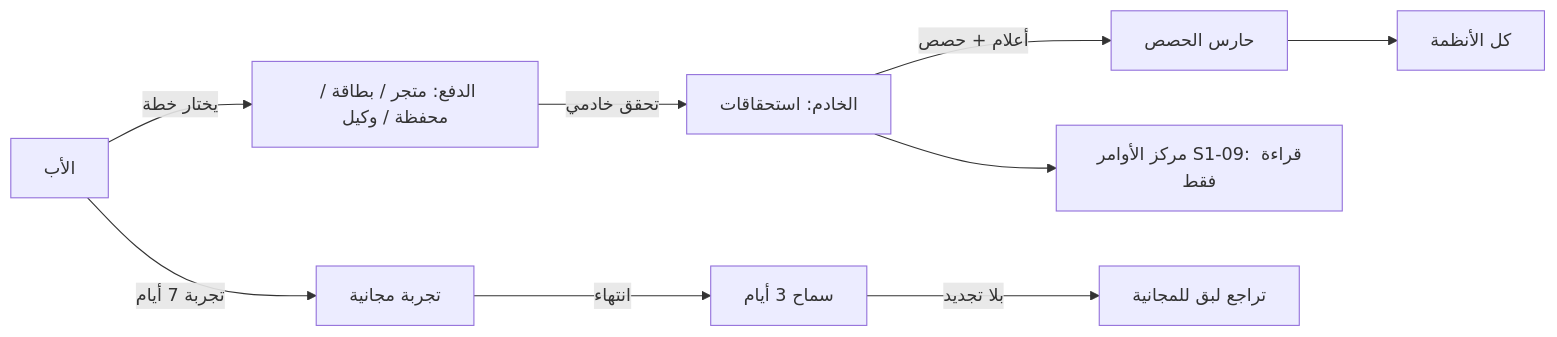
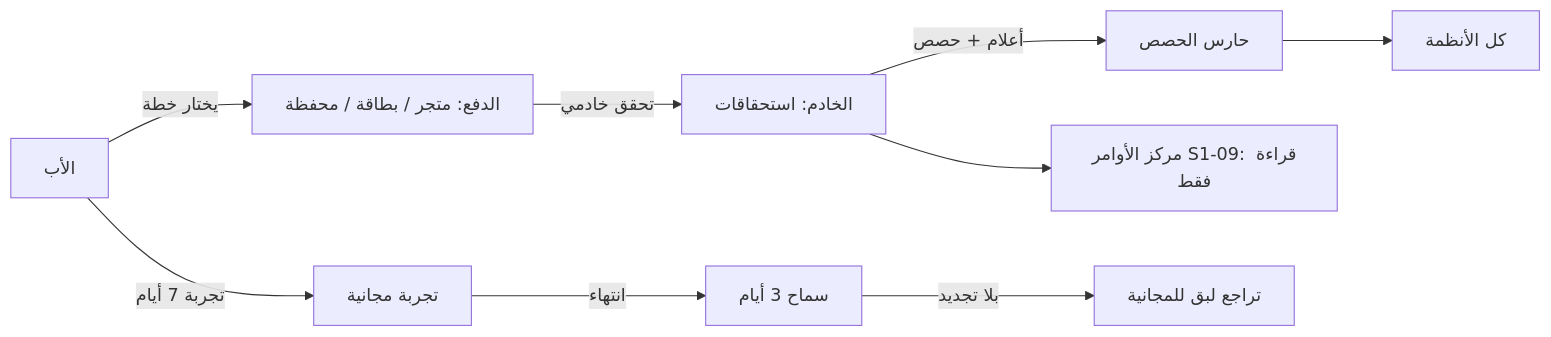
Before and after one commit to Bassam-mohammed-alqaeadi/family-os-v2: the first of 5 diagrams in docs/family-os/governance/phases/phase-1/S1-04-plans-and-subscriptions/SPEC.md, drawn with Mermaid. The commit also changed other lines of this file and 18 other files, not shown here.

````diff
--- a/docs/family-os/governance/phases/phase-1/S1-04-plans-and-subscriptions/SPEC.md
+++ b/docs/family-os/governance/phases/phase-1/S1-04-plans-and-subscriptions/SPEC.md
@@ -42,11 +42,11 @@
 ```mermaid
 flowchart LR
-    Father[الأب] -->|يختار خطة| Pay[الدفع: متجر / بطاقة / محفظة / وكيل]
+    Father[الأب] -->|يختار خطة| Pay[الدفع: متجر / بطاقة / محفظة]
     Pay -->|تحقق خادمي| Server[الخادم: استحقاقات]
     Server -->|أعلام + حصص| Quota[حارس الحصص]
     Quota --> Systems[كل الأنظمة]
     Server --> Hub[مركز الأوامر S1-09: قراءة فقط]
     Father -->|تجربة 7 أيام| Trial[تجربة مجانية]
     Trial -->|انتهاء| Grace[سماح 3 أيام]
     Grace -->|بلا تجديد| Down[تراجع لبق للمجانية]
 ```
````
